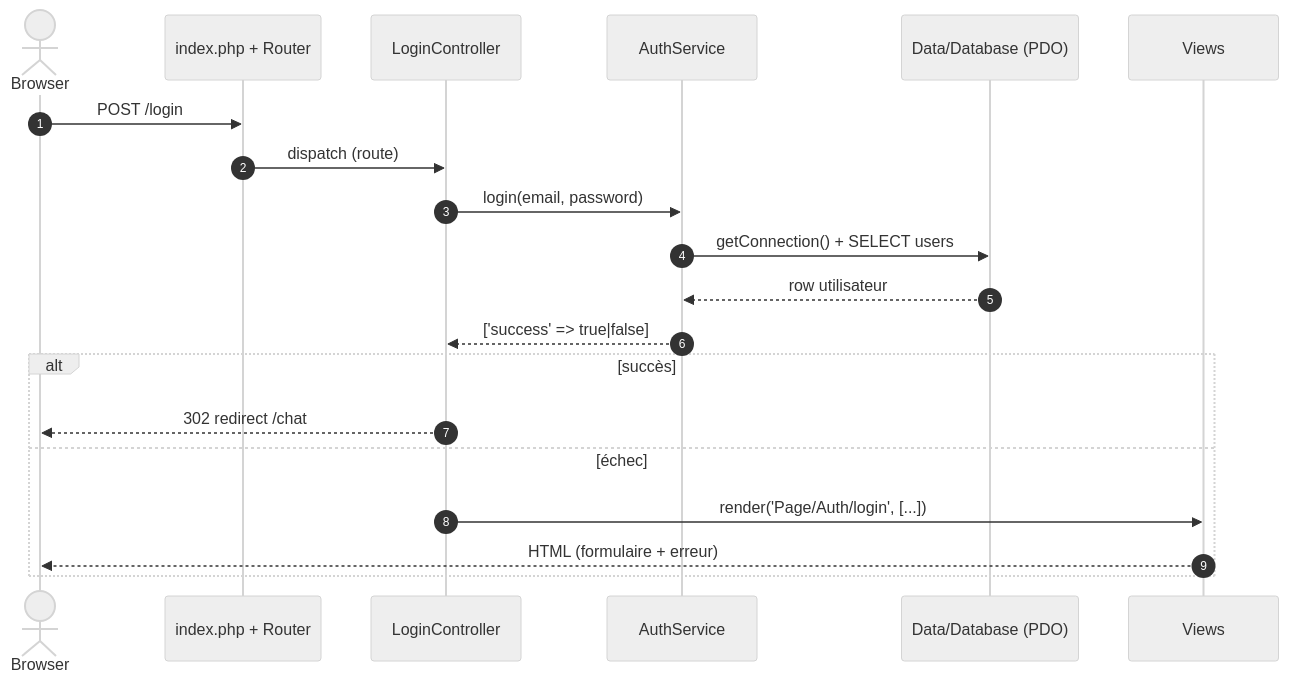
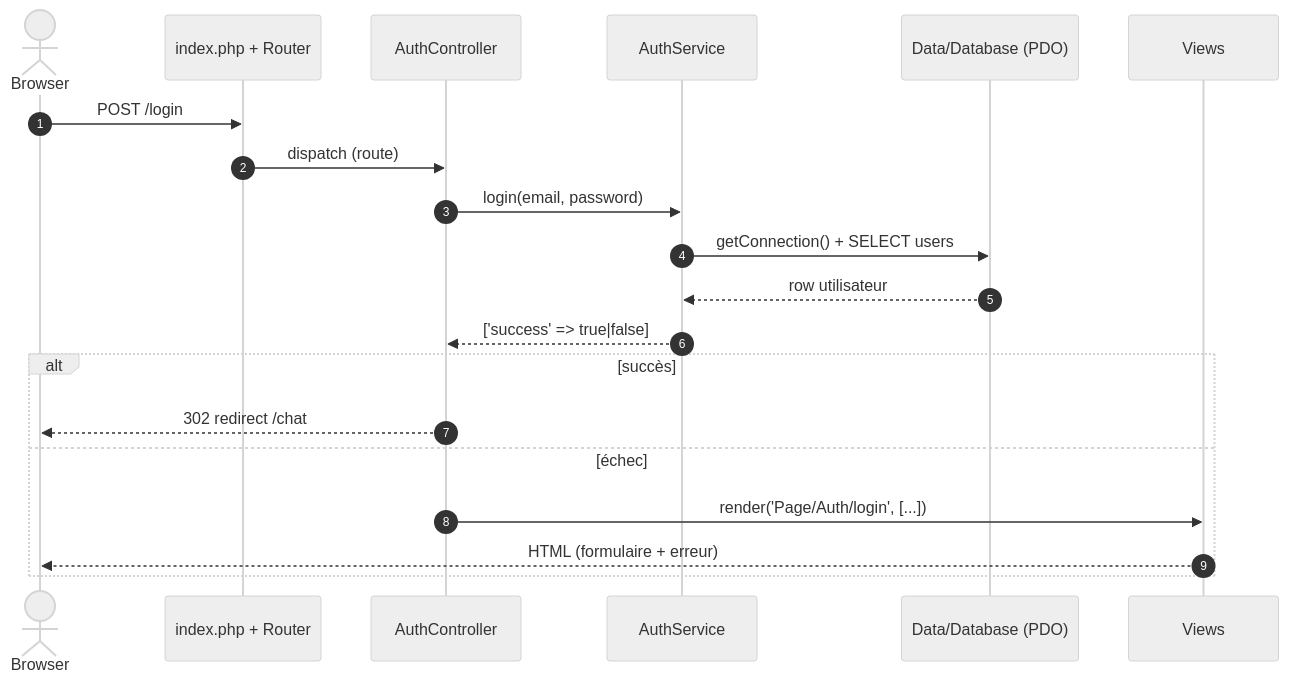
One commit to LoanALLARD/I-AMU_Web_APP changed the third of 3 diagrams in docs/design/app_architecture.md. Above: the diagram before and after it, drawn with Mermaid (neutral theme). The commit also changed other lines of this file and 3 other files, not shown here.

Commit message:
refactor(auth): replace LoginController with AuthController and update routing

````diff
--- a/docs/design/app_architecture.md
+++ b/docs/design/app_architecture.md
@@ -458,23 +458,23 @@
 ```mermaid
 sequenceDiagram
     autonumber
     actor B as Browser
     participant I as index.php + Router
-    participant C as LoginController
+    participant C as AuthController
     participant S as AuthService
     participant DB as Data/Database (PDO)
     participant V as Views
 
     B->>I: POST /login
     I->>C: dispatch (route)
     C->>S: login(email, password)
     S->>DB: getConnection() + SELECT users
     DB-->>S: row utilisateur
     S-->>C: ['success' => true|false]
     alt succès
         C-->>B: 302 redirect /chat
     else échec
         C->>V: render('Page/Auth/login', [...])
         V-->>B: HTML (formulaire + erreur)
     end
 ```
````
